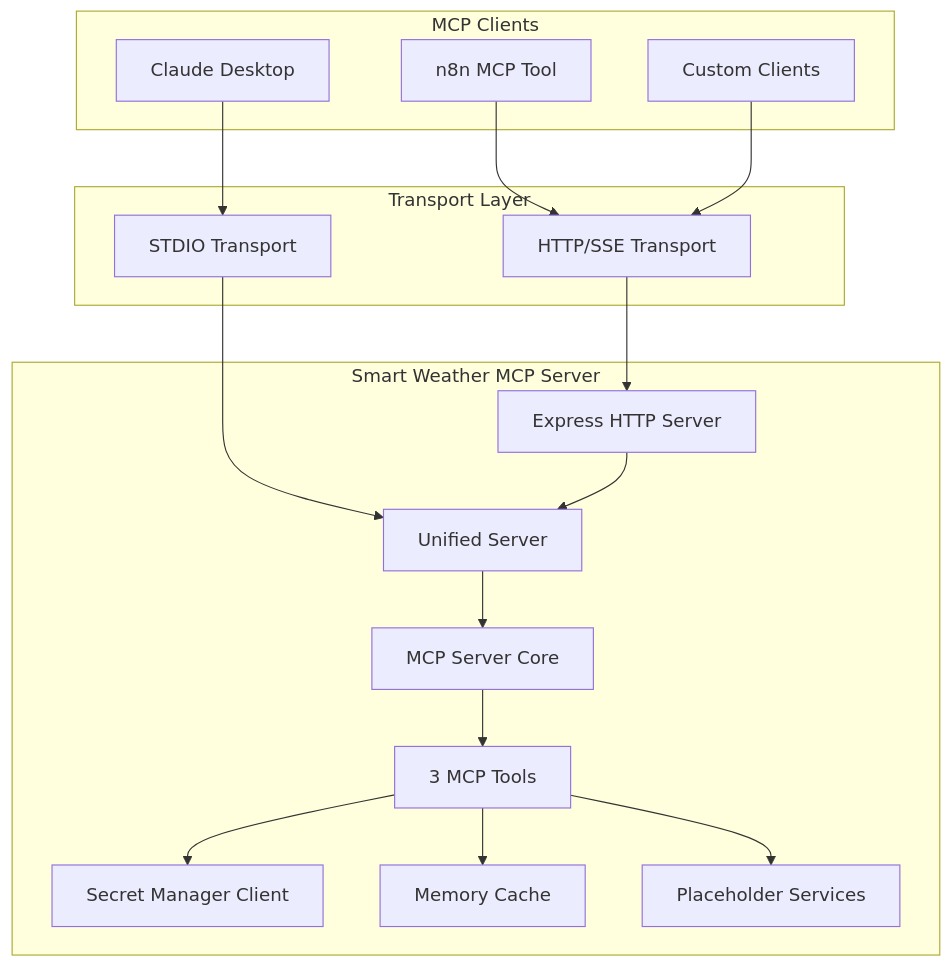
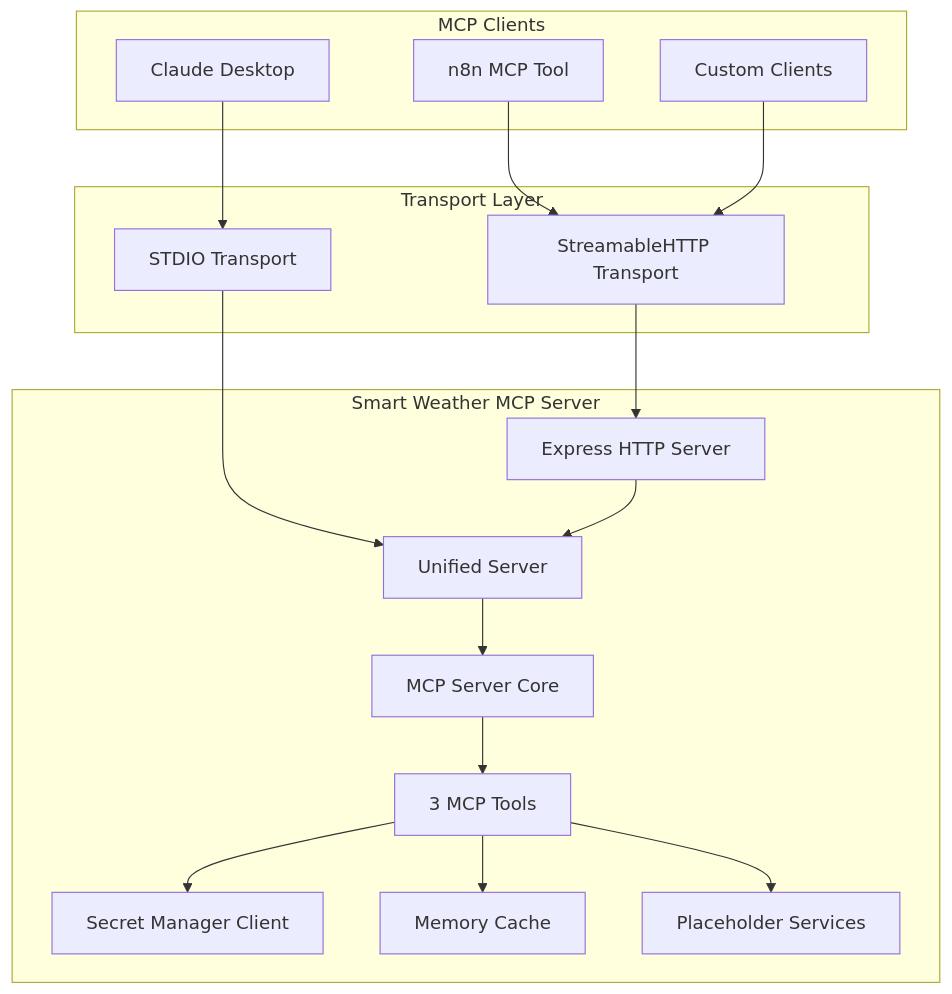
One commit to lis186/smart-weather-mcp-server changed the first of 6 diagrams in docs/architecture/spec.md. Above: the diagram before and after it, drawn with Mermaid. The commit also changed other lines of this file and 7 other files, not shown here.

````diff
--- a/docs/architecture/spec.md
+++ b/docs/architecture/spec.md
@@ -41,35 +41,35 @@
 ```mermaid
 graph TB
     subgraph "MCP Clients"
         A[Claude Desktop]
         B[n8n MCP Tool]
         C[Custom Clients]
     end
     
     subgraph "Transport Layer"
         D[STDIO Transport]
-        E[HTTP/SSE Transport]
+        E[StreamableHTTP Transport]
     end
     
     subgraph "Smart Weather MCP Server"
         F[Unified Server]
         G[Express HTTP Server]
         H[MCP Server Core]
         I[3 MCP Tools]
         J[Secret Manager Client]
         K[Memory Cache]
         L[Placeholder Services]
     end
     
     A --> D
     B --> E
     C --> E
     D --> F
     E --> G
     G --> F
     F --> H
     H --> I
     I --> J
     I --> K
     I --> L
 ```
````
